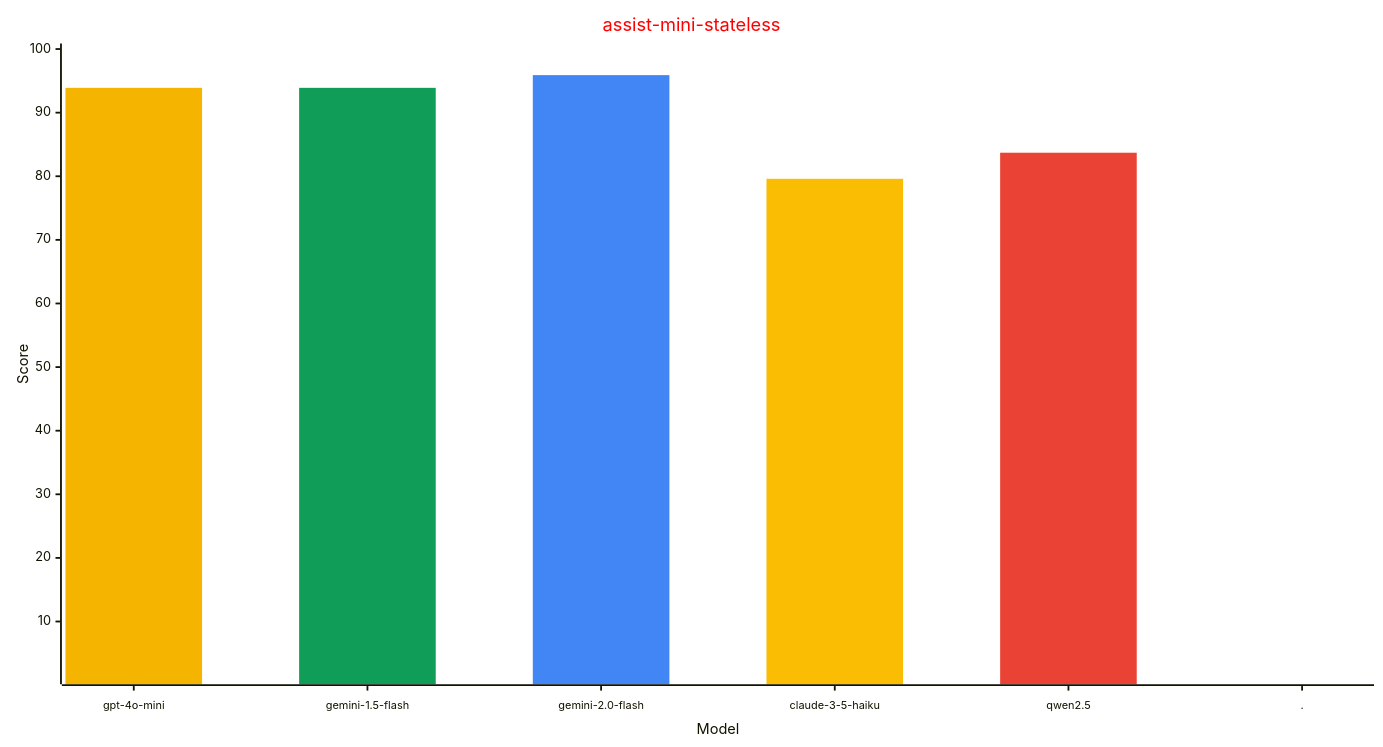
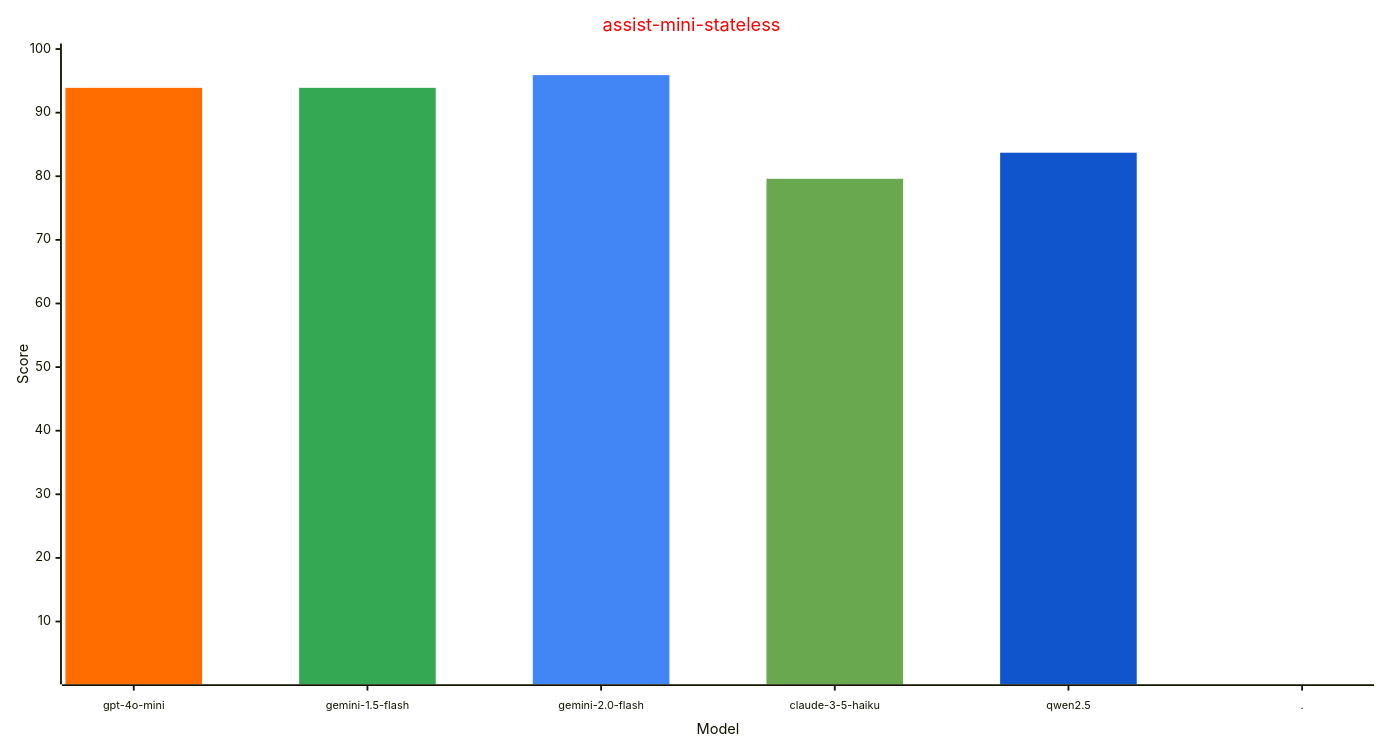
The first of 4 diagrams in reports/README.md (allenporter/home-assistant-datasets), drawn with Mermaid before and after one commit. The commit also changed other lines of this file and 1 other file, not shown here.

````diff
--- a/reports/README.md
+++ b/reports/README.md
@@ -51,26 +51,26 @@
 ```mermaid
 ---
 config:
     xyChart:
         width: 1500
         height: 800
         xAxis:
           labelFontSize: 12
           labelPadding: 8
     themeVariables:
         xyChart:
             titleColor: "#ff0000"
-            plotColorPalette: "#f4b400, #0f9d58, #4285f4, #fbbc04, #ea4335, #4285f4"
+            plotColorPalette: "#ff6d01, #34a853, #4285f4, #6aa84f, #1155cc, #4285f4"
 
 ---
 xychart-beta
   title "assist-mini-stateless"
   x-axis "Model" [gpt-4o-mini, gemini-1.5-flash, gemini-2.0-flash, claude-3-5-haiku, qwen2.5, .]
   y-axis "Score" 1 --> 100
   bar [93.9, 0.0, 0.0, 0.0, 0.0, 0.0]
   bar [0.0, 93.9, 0.0, 0.0, 0.0, 0.0]
   bar [0.0, 0.0, 95.9, 0.0, 0.0, 0.0]
   bar [0.0, 0.0, 0.0, 79.6, 0.0, 0.0]
   bar [0.0, 0.0, 0.0, 0.0, 83.7, 0.0]
   bar [0.0, 0.0, 0.0, 0.0, 0.0, -1.0]
 ```
````
